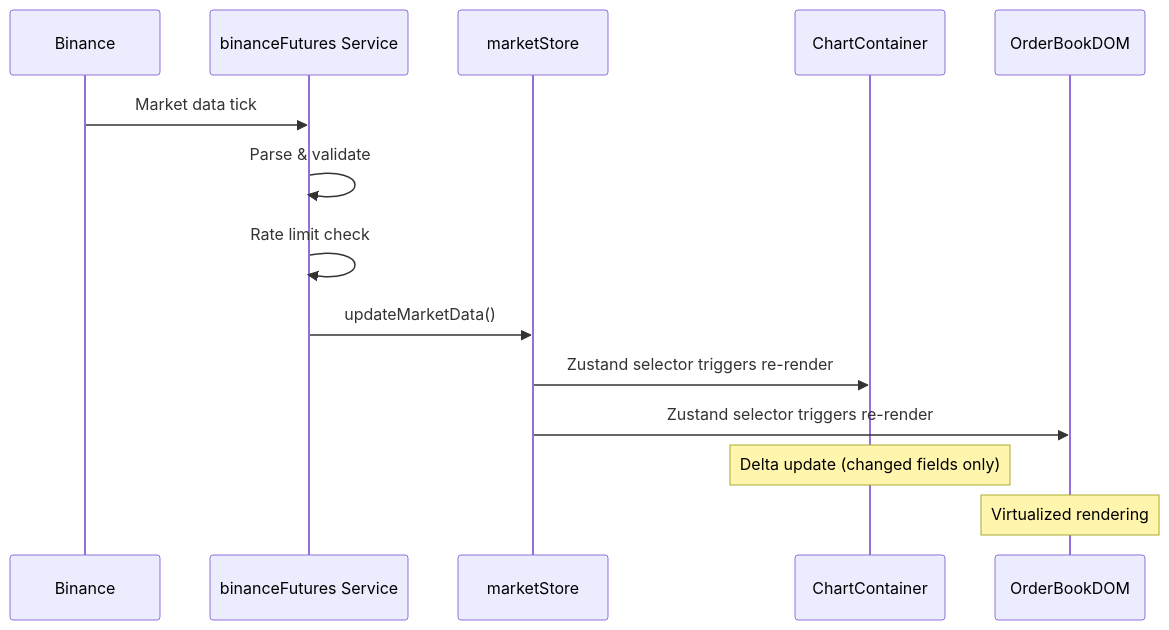
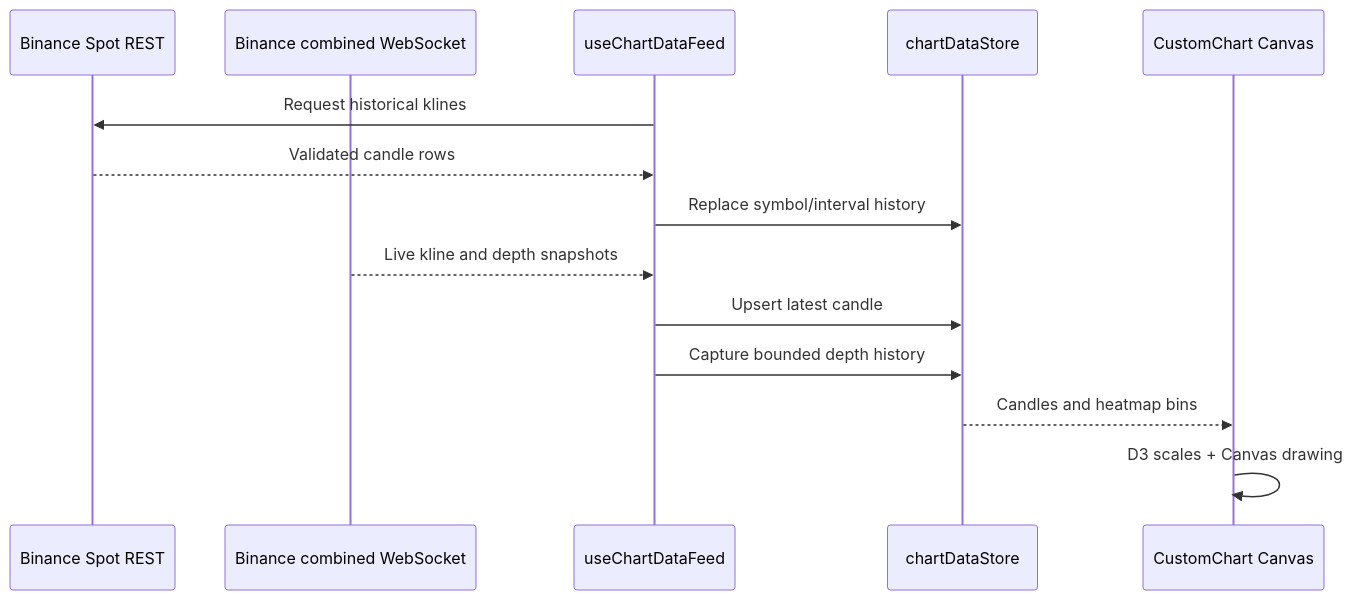
The second of 2 diagrams in ARCHITECTURE.md (JWHaan/quant.term), drawn with Mermaid before and after one commit. The commit also changed other lines of this file and 54 other files, not shown here.

````diff
--- a/ARCHITECTURE.md
+++ b/ARCHITECTURE.md
@@ -97,18 +111,17 @@
 ```mermaid
 sequenceDiagram
-    participant Binance
-    participant WS as binanceFutures Service
-    participant Store as marketStore
-    participant Chart as ChartContainer
-    participant DOM as OrderBookDOM
-    
-    Binance->>WS: Market data tick
-    WS->>WS: Parse & validate
-    WS->>WS: Rate limit check
-    WS->>Store: updateMarketData()
-    Store->>Chart: Zustand selector triggers re-render
-    Store->>DOM: Zustand selector triggers re-render
-    
-    Note over Chart: Delta update (changed fields only)
-    Note over DOM: Virtualized rendering
+    participant REST as Binance Spot REST
+    participant WS as Binance combined WebSocket
+    participant Feed as useChartDataFeed
+    participant Store as chartDataStore
+    participant Chart as CustomChart Canvas
+
+    Feed->>REST: Request historical klines
+    REST-->>Feed: Validated candle rows
+    Feed->>Store: Replace symbol/interval history
+    WS-->>Feed: Live kline and depth snapshots
+    Feed->>Store: Upsert latest candle
+    Feed->>Store: Capture bounded depth history
+    Store-->>Chart: Candles and heatmap bins
+    Chart->>Chart: D3 scales + Canvas drawing
 ```
````
